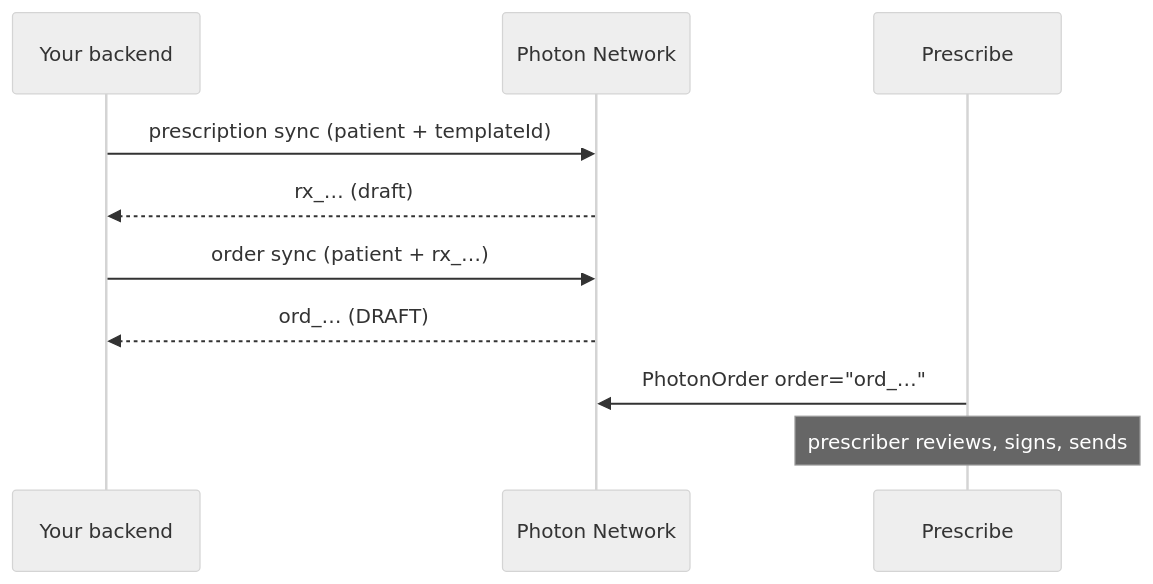
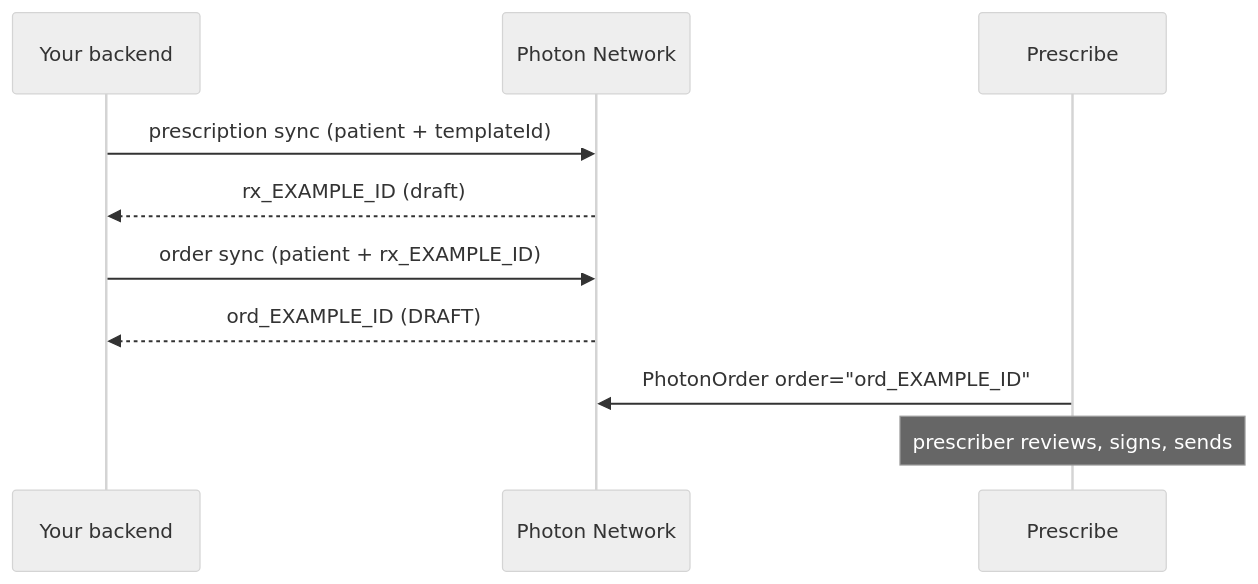
The diagram in integrations/one-click-orders.mdx (Photon-Health/docs), drawn with Mermaid (neutral theme) before and after one commit. The commit also changed other lines of this file and 26 other files, not shown here.

````diff
--- a/integrations/one-click-orders.mdx
+++ b/integrations/one-click-orders.mdx
@@ -10,12 +10,12 @@
 ```mermaid
 sequenceDiagram
   participant B as Your backend
   participant N as Photon Network
   participant F as Prescribe
   B->>N: prescription sync (patient + templateId)
-  N-->>B: rx_… (draft)
-  B->>N: order sync (patient + rx_…)
-  N-->>B: ord_… (DRAFT)
-  F->>N: PhotonOrder order="ord_…"
+  N-->>B: rx_EXAMPLE_ID (draft)
+  B->>N: order sync (patient + rx_EXAMPLE_ID)
+  N-->>B: ord_EXAMPLE_ID (DRAFT)
+  F->>N: PhotonOrder order="ord_EXAMPLE_ID"
   Note over F: prescriber reviews, signs, sends
 ```
````
